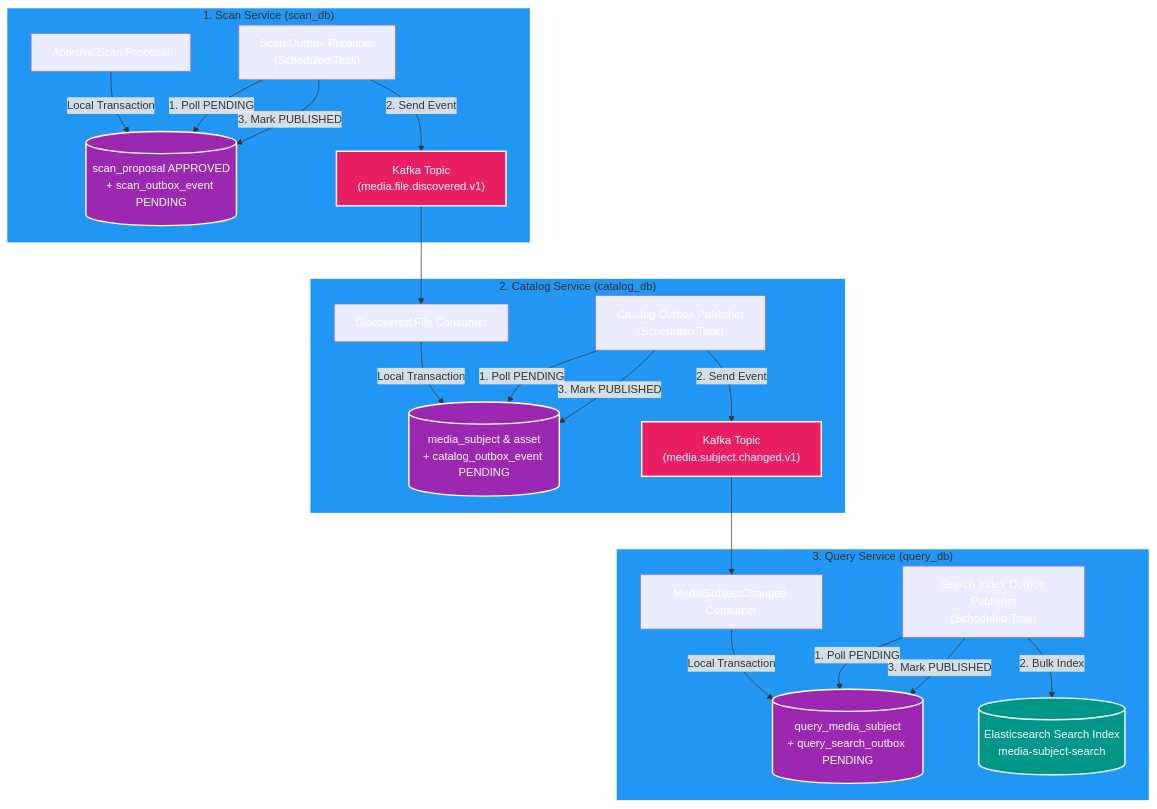
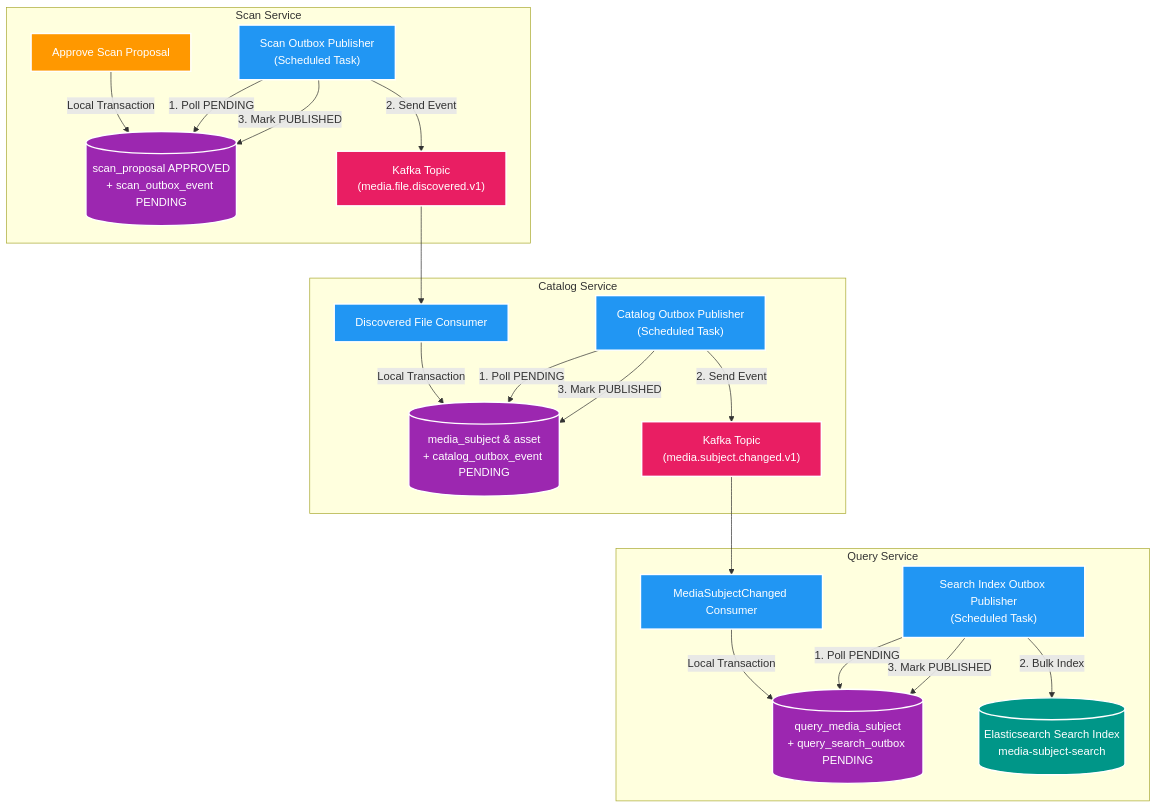
The diagram in manual/learning/deep-dive/02-transactional-outbox-pattern-deep-dive.md (HungPhan200591/file-mngt-be-v2), drawn with Mermaid before and after one commit. The commit also changed other lines of this file and 1 other file, not shown here.

````diff
--- a/manual/learning/deep-dive/02-transactional-outbox-pattern-deep-dive.md
+++ b/manual/learning/deep-dive/02-transactional-outbox-pattern-deep-dive.md
@@ -73,35 +73,40 @@
 ```mermaid
 flowchart TB
-    subgraph SCAN_SVC["1. Scan Service (scan_db)"]
+    subgraph SCAN_SVC["Scan Service"]
         APPROVE["<font color='white'>Approve Scan Proposal</font>"] -->|Local Transaction| SCAN_DB[("<font color='white'>scan_proposal APPROVED<br/>+ scan_outbox_event PENDING</font>")]
         SCAN_RELAY["<font color='white'>Scan Outbox Publisher<br/>(Scheduled Task)</font>"] -->|1. Poll PENDING| SCAN_DB
         SCAN_RELAY -->|2. Send Event| KAFKA1["<font color='white'>Kafka Topic<br/>(media.file.discovered.v1)</font>"]
         SCAN_RELAY -->|3. Mark PUBLISHED| SCAN_DB
     end
 
-    subgraph CATALOG_SVC["2. Catalog Service (catalog_db)"]
+    subgraph CATALOG_SVC["Catalog Service"]
         KAFKA1 --> CONSUMER1["<font color='white'>Discovered File Consumer</font>"]
         CONSUMER1 -->|Local Transaction| CAT_DB[("<font color='white'>media_subject & asset<br/>+ catalog_outbox_event PENDING</font>")]
         CAT_RELAY["<font color='white'>Catalog Outbox Publisher<br/>(Scheduled Task)</font>"] -->|1. Poll PENDING| CAT_DB
         CAT_RELAY -->|2. Send Event| KAFKA2["<font color='white'>Kafka Topic<br/>(media.subject.changed.v1)</font>"]
         CAT_RELAY -->|3. Mark PUBLISHED| CAT_DB
     end
 
-    subgraph QUERY_SVC["3. Query Service (query_db)"]
+    subgraph QUERY_SVC["Query Service"]
         KAFKA2 --> CONSUMER2["<font color='white'>MediaSubjectChanged Consumer</font>"]
         CONSUMER2 -->|Local Transaction| Q_DB[("<font color='white'>query_media_subject<br/>+ query_search_outbox PENDING</font>")]
         ES_RELAY["<font color='white'>Search Index Outbox Publisher<br/>(Scheduled Task)</font>"] -->|1. Poll PENDING| Q_DB
         ES_RELAY -->|2. Bulk Index| ES[("<font color='white'>Elasticsearch Search Index<br/>media-subject-search</font>")]
         ES_RELAY -->|3. Mark PUBLISHED| Q_DB
     end
 
-    style SCAN_SVC fill:#2196F3,stroke:#fff,stroke-width:2px
-    style CATALOG_SVC fill:#2196F3,stroke:#fff,stroke-width:2px
-    style QUERY_SVC fill:#2196F3,stroke:#fff,stroke-width:2px
+    style APPROVE fill:#FF9800,stroke:#fff,stroke-width:2px
+    style SCAN_RELAY fill:#2196F3,stroke:#fff,stroke-width:2px
     style SCAN_DB fill:#9C27B0,stroke:#fff,stroke-width:2px
+    style KAFKA1 fill:#E91E63,stroke:#fff,stroke-width:2px
+
+    style CONSUMER1 fill:#2196F3,stroke:#fff,stroke-width:2px
+    style CAT_RELAY fill:#2196F3,stroke:#fff,stroke-width:2px
     style CAT_DB fill:#9C27B0,stroke:#fff,stroke-width:2px
+    style KAFKA2 fill:#E91E63,stroke:#fff,stroke-width:2px
+
+    style CONSUMER2 fill:#2196F3,stroke:#fff,stroke-width:2px
+    style ES_RELAY fill:#2196F3,stroke:#fff,stroke-width:2px
     style Q_DB fill:#9C27B0,stroke:#fff,stroke-width:2px
-    style KAFKA1 fill:#E91E63,stroke:#fff,stroke-width:2px
-    style KAFKA2 fill:#E91E63,stroke:#fff,stroke-width:2px
     style ES fill:#009688,stroke:#fff,stroke-width:2px
 ```
````
